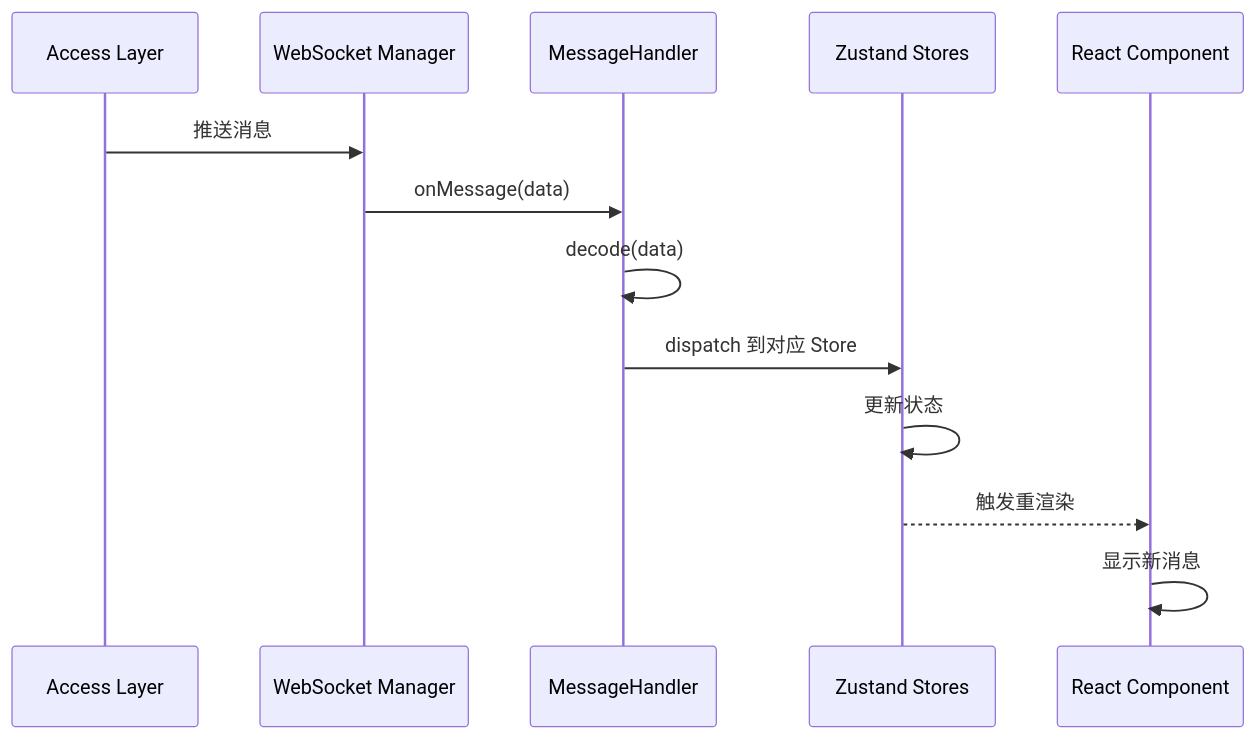
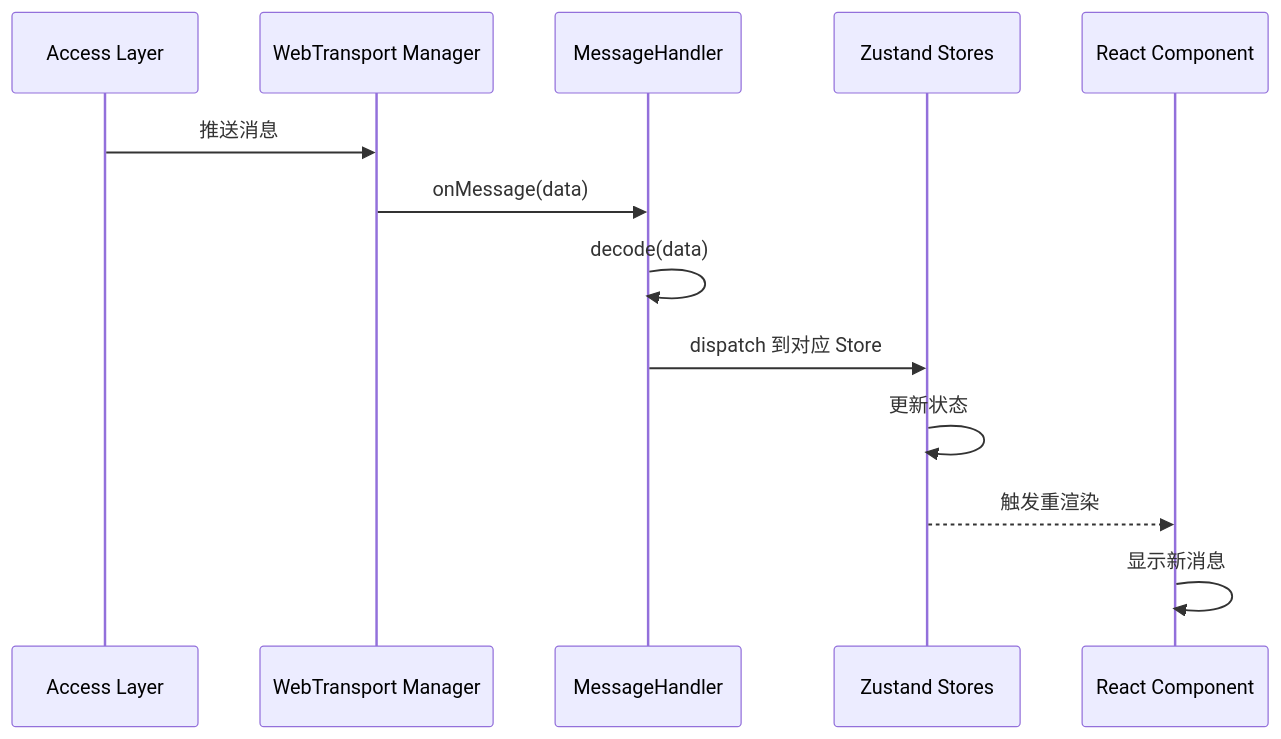
The sixth of 8 diagrams in docs/web-client-architecture.md (zhwillwintheworld/im-go), drawn with Mermaid before and after one commit. The commit also changed other lines of this file and 87 other files, not shown here.

````diff
--- a/docs/web-client-architecture.md
+++ b/docs/web-client-architecture.md
@@ -325,16 +325,16 @@
 ```mermaid
 sequenceDiagram
     participant Server as Access Layer
-    participant WS as WebSocket Manager
+    participant WT as WebTransport Manager
     participant Handler as MessageHandler
     participant Store as Zustand Stores
     participant UI as React Component
 
-    Server->>WS: 推送消息
-    WS->>Handler: onMessage(data)
+    Server->>WT: 推送消息
+    WT->>Handler: onMessage(data)
     Handler->>Handler: decode(data)
     Handler->>Store: dispatch 到对应 Store
     Store->>Store: 更新状态
     Store-->>UI: 触发重渲染
     UI->>UI: 显示新消息
 ```
````
